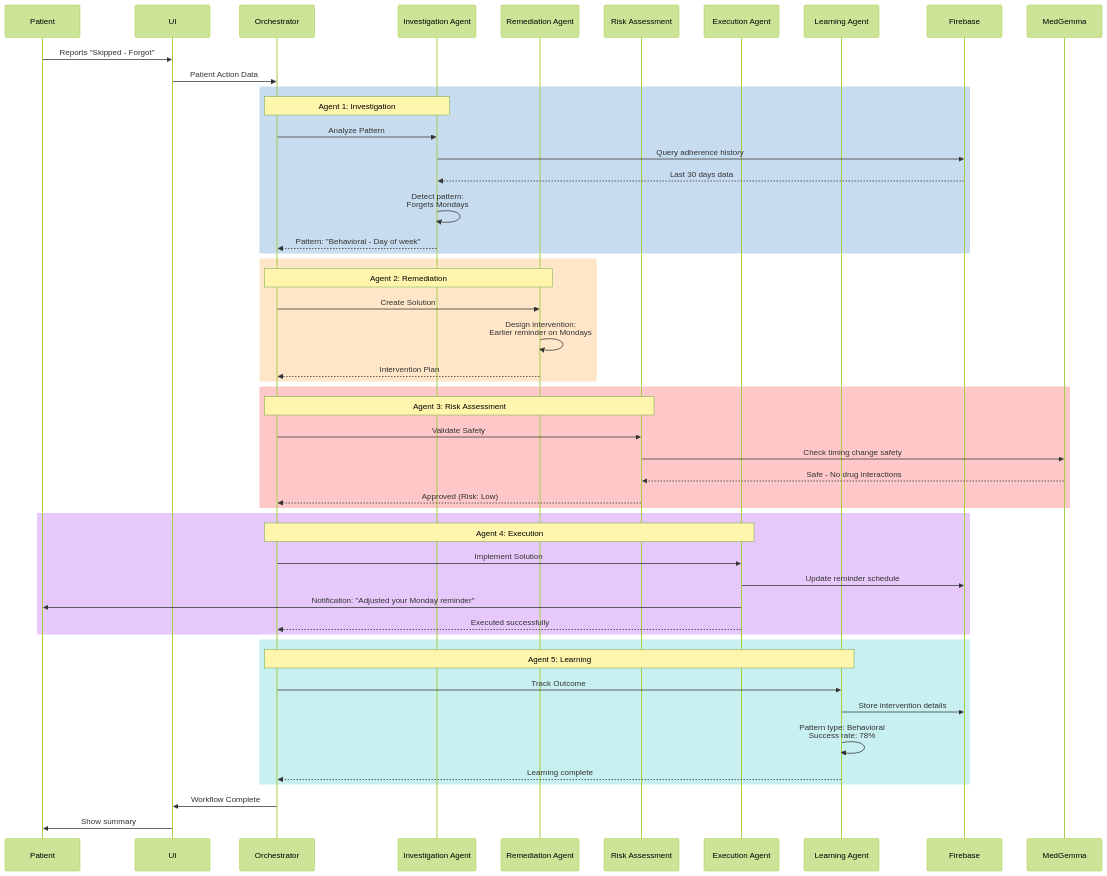
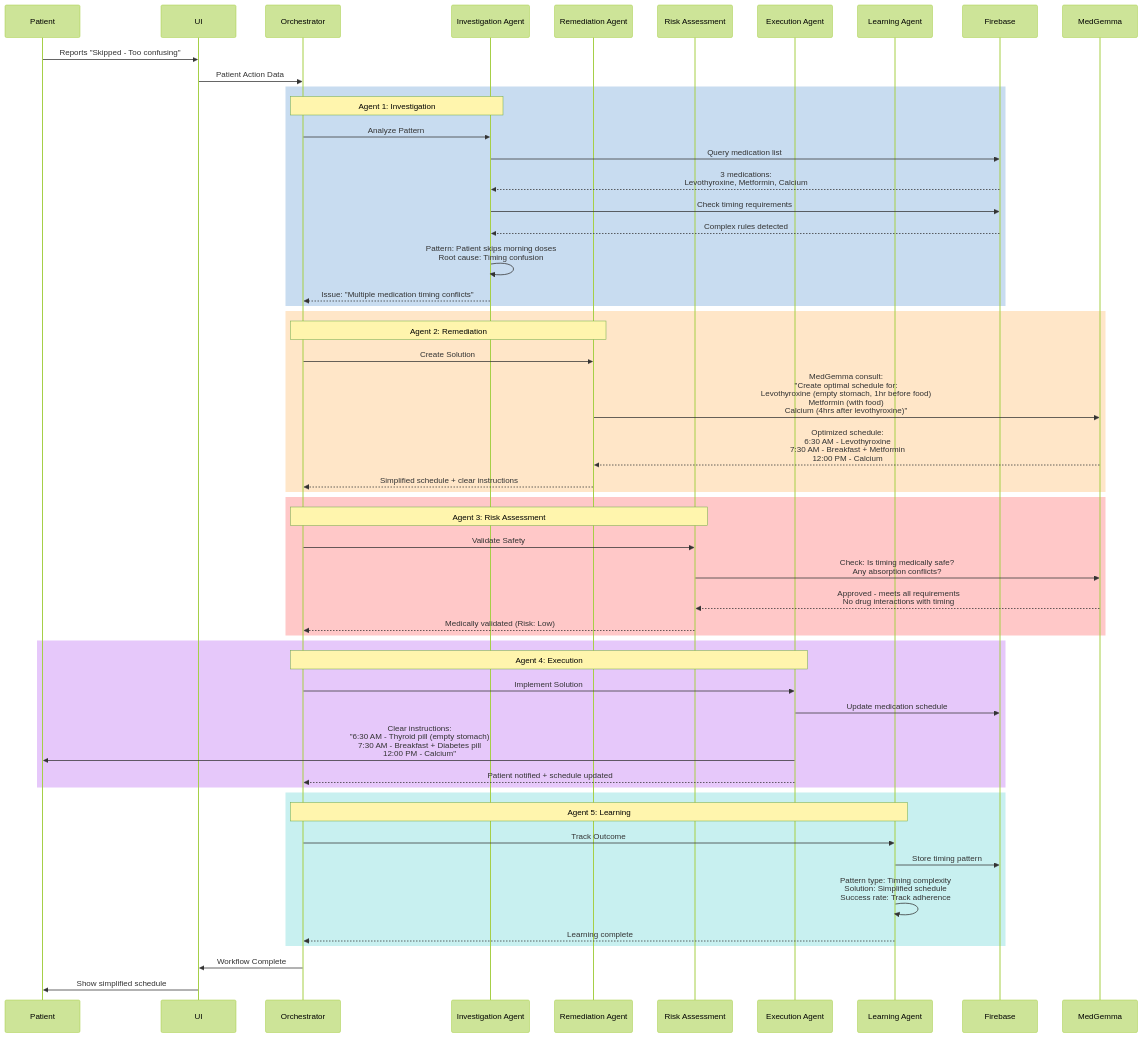
One commit to raghulresearcher/kaggle_comp_medgemma changed the second of 8 diagrams in docs/AGENTIC_FLOWS.md. Above: the diagram before and after it, drawn with Mermaid (forest theme). The commit also changed other lines of this file and 10 other files, not shown here.

````diff
--- a/docs/AGENTIC_FLOWS.md
+++ b/docs/AGENTIC_FLOWS.md
@@ -40,59 +43,62 @@
 ```mermaid
 sequenceDiagram
     participant Patient
     participant UI
     participant Orch as Orchestrator
     participant Inv as Investigation Agent
     participant Rem as Remediation Agent
     participant Risk as Risk Assessment
     participant Exec as Execution Agent
     participant Learn as Learning Agent
     participant DB as Firebase
     participant AI as MedGemma
 
-    Patient->>UI: Reports "Skipped - Forgot"
+    Patient->>UI: Reports "Skipped - Too confusing"
     UI->>Orch: Patient Action Data
     
     rect rgb(200, 220, 240)
         Note over Orch,Inv: Agent 1: Investigation
         Orch->>Inv: Analyze Pattern
-        Inv->>DB: Query adherence history
-        DB-->>Inv: Last 30 days data
-        Inv->>Inv: Detect pattern:<br/>Forgets Mondays
-        Inv-->>Orch: Pattern: "Behavioral - Day of week"
+        Inv->>DB: Query medication list
+        DB-->>Inv: 3 medications:<br/>Levothyroxine, Metformin, Calcium
+        Inv->>DB: Check timing requirements
+        DB-->>Inv: Complex rules detected
+        Inv->>Inv: Pattern: Patient skips morning doses<br/>Root cause: Timing confusion
+        Inv-->>Orch: Issue: "Multiple medication timing conflicts"
     end
     
     rect rgb(255, 230, 200)
         Note over Orch,Rem: Agent 2: Remediation
         Orch->>Rem: Create Solution
-        Rem->>Rem: Design intervention:<br/>Earlier reminder on Mondays
-        Rem-->>Orch: Intervention Plan
+        Rem->>AI: MedGemma consult:<br/>"Create optimal schedule for:<br/>Levothyroxine (empty stomach, 1hr before food)<br/>Metformin (with food)<br/>Calcium (4hrs after levothyroxine)"
+        AI-->>Rem: Optimized schedule:<br/>6:30 AM - Levothyroxine<br/>7:30 AM - Breakfast + Metformin<br/>12:00 PM - Calcium
+        Rem-->>Orch: Simplified schedule + clear instructions
     end
     
     rect rgb(255, 200, 200)
         Note over Orch,Risk: Agent 3: Risk Assessment
         Orch->>Risk: Validate Safety
-        Risk->>AI: Check timing change safety
-        AI-->>Risk: Safe - No drug interactions
-        Risk-->>Orch: Approved (Risk: Low)
+        Risk->>AI: Check: Is timing medically safe?<br/>Any absorption conflicts?
+        AI-->>Risk: Approved - meets all requirements<br/>No drug interactions with timing
+        Risk-->>Orch: Medically validated (Risk: Low)
     end
     
     rect rgb(230, 200, 250)
         Note over Orch,Exec: Agent 4: Execution
         Orch->>Exec: Implement Solution
-        Exec->>DB: Update reminder schedule
-        Exec->>Patient: Notification: "Adjusted your Monday reminder"
-        Exec-->>Orch: Executed successfully
+        Exec->>DB: Update medication schedule
+        Exec->>Patient: Clear instructions:<br/>"6:30 AM - Thyroid pill (empty stomach)<br/>7:30 AM - Breakfast + Diabetes pill<br/>12:00 PM - Calcium"
+        Exec-->>Orch: Patient notified + schedule updated
     end
     
     rect rgb(200, 240, 240)
         Note over Orch,Learn: Agent 5: Learning
         Orch->>Learn: Track Outcome
-        Learn->>DB: Store intervention details
-        Learn->>Learn: Pattern type: Behavioral<br/>Success rate: 78%
+        Learn->>DB: Store timing pattern
+        Learn->>Learn: Pattern type: Timing complexity<br/>Solution: Simplified schedule<br/>Success rate: Track adherence
         Learn-->>Orch: Learning complete
     end
     
     Orch->>UI: Workflow Complete
-    UI->>Patient: Show summary
+    UI->>Patient: Show simplified schedule
 ```
````
